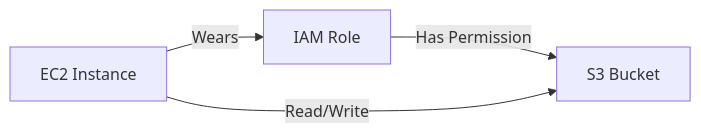
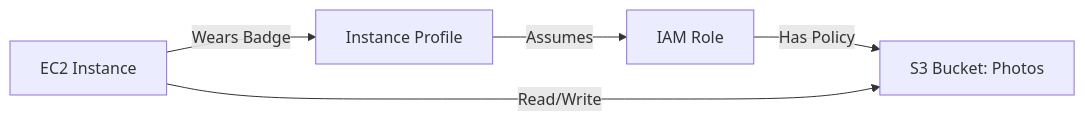
Before and after one commit to Ritik12062002/Terraform_RoadMap: the diagram in terraform_roadmap/labs/day15-iam-advanced/README.md, drawn with Mermaid. The commit also changed other lines of this file and 17 other files, not shown here.

Commit message:
Terraform Roadmap

````diff
--- a/terraform_roadmap/labs/day15-iam-advanced/README.md
+++ b/terraform_roadmap/labs/day15-iam-advanced/README.md
@@ -32,6 +56,7 @@
 ```mermaid
 graph LR
-    EC2[EC2 Instance] -- Wears --> Role[IAM Role]
-    Role -- Has Permission --> S3[S3 Bucket]
+    EC2[EC2 Instance] -- Wears Badge --> Profile[Instance Profile]
+    Profile -- Assumes --> Role[IAM Role]
+    Role -- Has Policy --> S3[S3 Bucket: Photos]
     EC2 -- Read/Write --> S3
 ```
````
